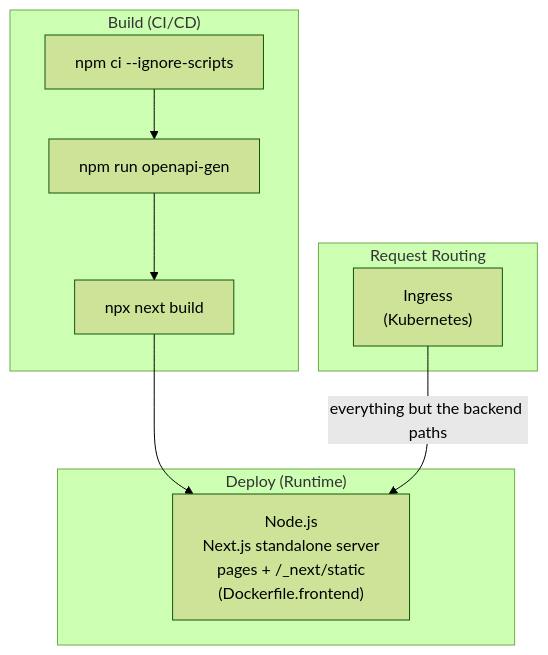
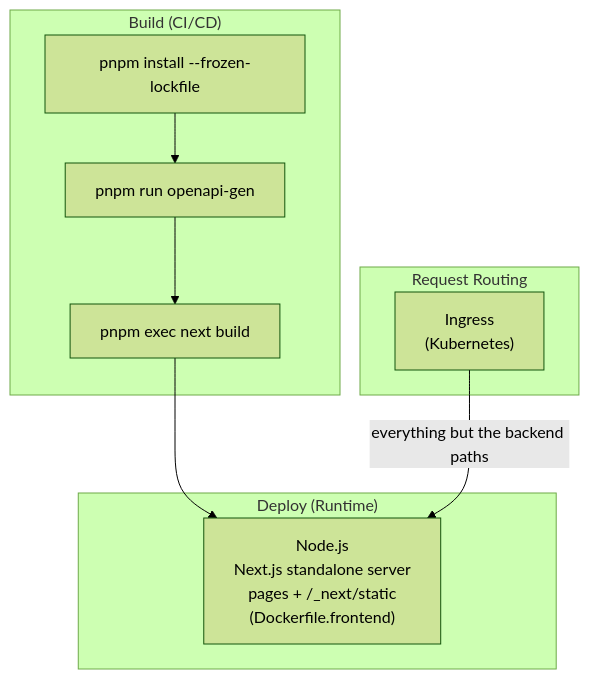
The diagram in wiki/frontend-deployment.md (berserkhmdvhb/fullstack_template), drawn with Mermaid (forest theme) before and after one commit. The commit also changed other lines of this file and 73 other files, not shown here.

First line of the commit message:
build(frontend): pnpm replaces npm

````diff
--- a/wiki/frontend-deployment.md
+++ b/wiki/frontend-deployment.md
@@ -24,20 +24,20 @@
 ```mermaid
 flowchart TB
     subgraph Build["Build (CI/CD)"]
-        NPM["npm ci --ignore-scripts"]
-        OpenAPI["npm run openapi-gen"]
-        NextBuild["npx next build"]
+        NPM["pnpm install --frozen-lockfile"]
+        OpenAPI["pnpm run openapi-gen"]
+        NextBuild["pnpm exec next build"]
     end
 
     subgraph Deploy["Deploy (Runtime)"]
         Node["Node.js<br/>Next.js standalone server<br/>pages + /_next/static<br/>(Dockerfile.frontend)"]
     end
 
     subgraph Route["Request Routing"]
         IC["Ingress<br/>(Kubernetes)"]
     end
 
     NPM --> OpenAPI --> NextBuild
     NextBuild --> Node
     IC -->|"everything but the backend paths"| Node
 ```
````
